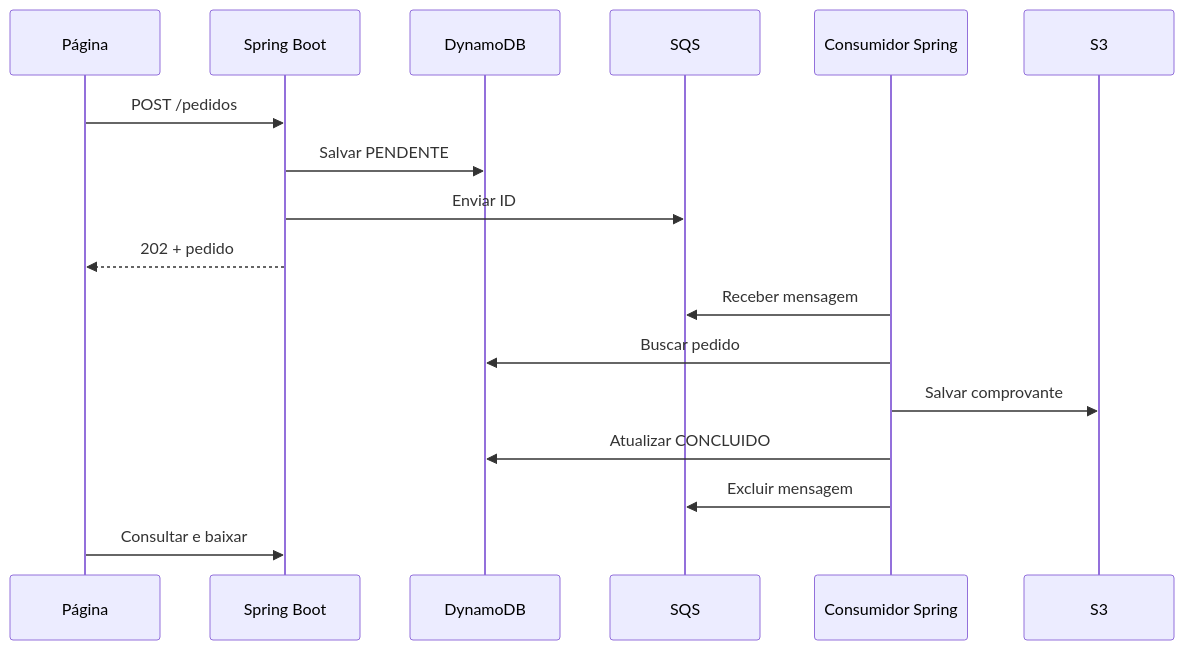
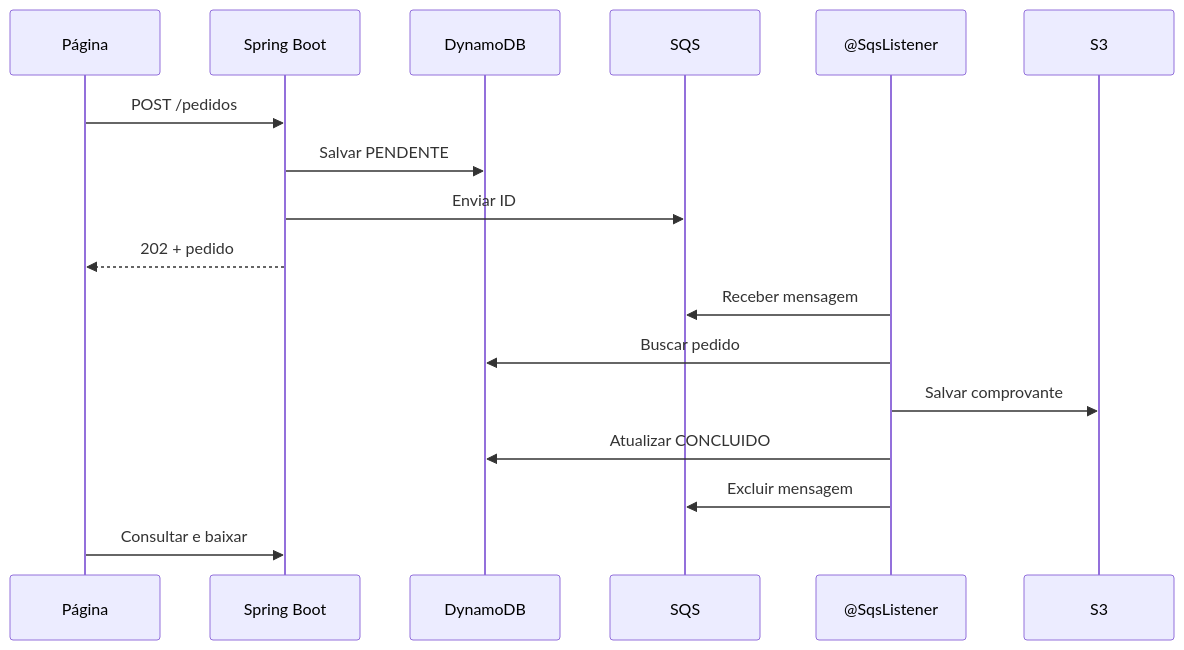
One commit to VitorTinelli/aws-workshop changed the diagram in README.md. Above: the diagram before and after it, drawn with Mermaid. The commit also changed other lines of this file and 8 other files, not shown here.

Commit message:
feat: sqs listener

````diff
--- a/README.md
+++ b/README.md
@@ -23,19 +77,19 @@
 ```mermaid
 sequenceDiagram
     participant W as Página
     participant J as Spring Boot
     participant D as DynamoDB
     participant Q as SQS
-    participant C as Consumidor Spring
+    participant C as @SqsListener
     participant S as S3
     W->>J: POST /pedidos
     J->>D: Salvar PENDENTE
     J->>Q: Enviar ID
     J-->>W: 202 + pedido
     C->>Q: Receber mensagem
     C->>D: Buscar pedido
     C->>S: Salvar comprovante
     C->>D: Atualizar CONCLUIDO
     C->>Q: Excluir mensagem
     W->>J: Consultar e baixar
 ```
````
